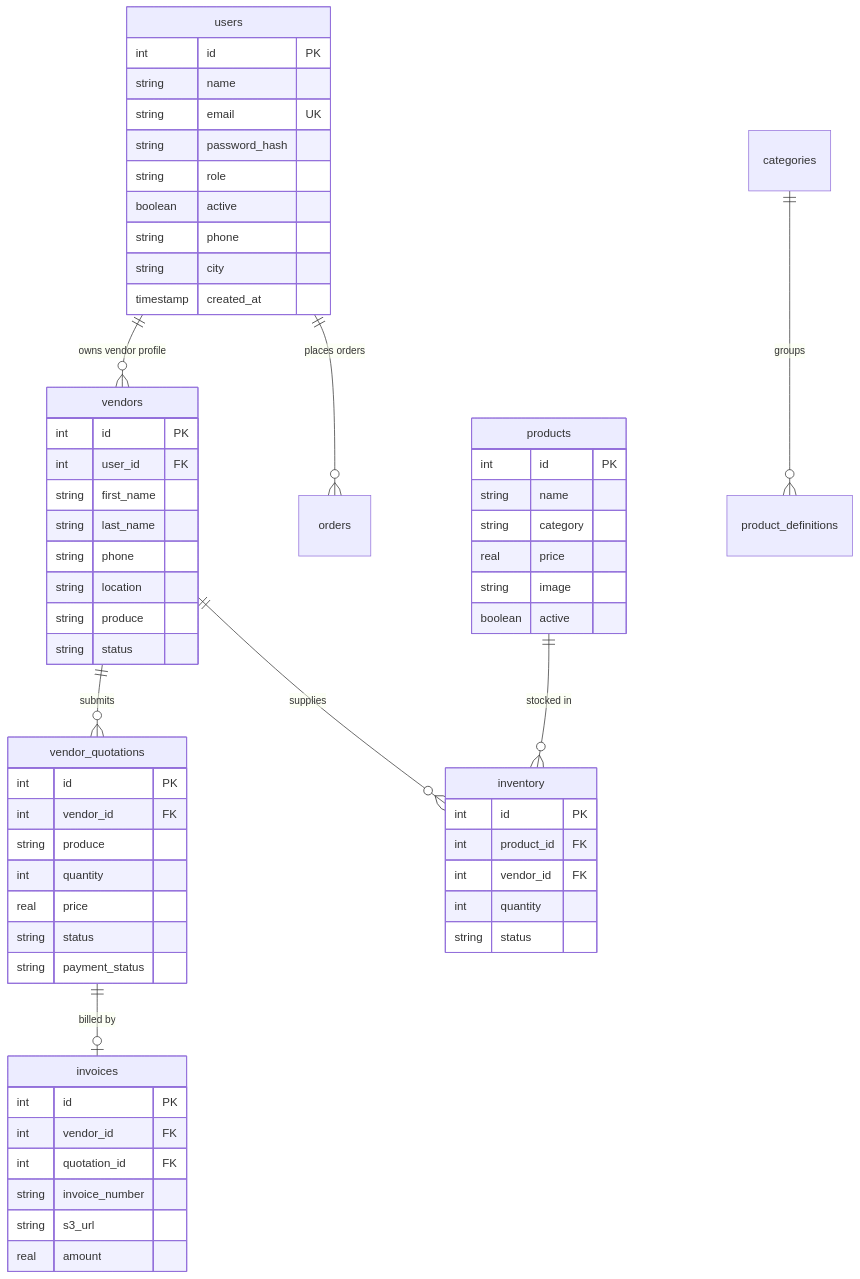
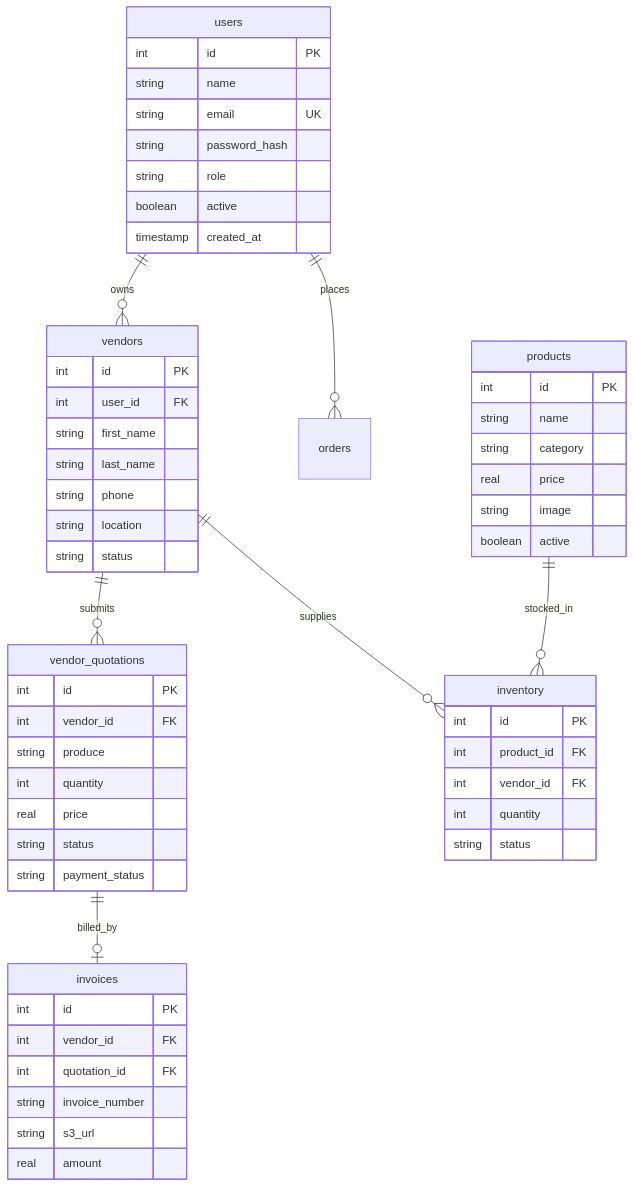
One commit to valivarthi007/sunotal_fullstk changed the diagram in docs/01_application_code.md. Above: the diagram before and after it, drawn with Mermaid. The commit also changed other lines of this file and 8 other files, not shown here.

````diff
--- a/docs/01_application_code.md
+++ b/docs/01_application_code.md
@@ -101,69 +218,65 @@
 ```mermaid
 erDiagram
-    users ||--o{ vendors : "owns vendor profile"
-    users ||--o{ orders : "places orders"
+    users ||--o{ vendors : "owns"
+    users ||--o{ orders : "places"
     vendors ||--o{ vendor_quotations : "submits"
-    vendor_quotations ||--o| invoices : "billed by"
-    products ||--o{ inventory : "stocked in"
+    vendor_quotations ||--o| invoices : "billed_by"
+    products ||--o{ inventory : "stocked_in"
     vendors ||--o{ inventory : "supplies"
-    categories ||--o{ product_definitions : "groups"
 
     users {
         int id PK
         string name
         string email UK
         string password_hash
         string role
         boolean active
-        string phone
-        string city
         timestamp created_at
     }
 
     vendors {
         int id PK
         int user_id FK
         string first_name
         string last_name
         string phone
         string location
-        string produce
         string status
     }
 
     vendor_quotations {
         int id PK
         int vendor_id FK
         string produce
         int quantity
         real price
         string status
         string payment_status
     }
 
     products {
         int id PK
         string name
         string category
         real price
         string image
         boolean active
     }
 
     inventory {
         int id PK
         int product_id FK
         int vendor_id FK
         int quantity
         string status
     }
 
     invoices {
         int id PK
         int vendor_id FK
         int quotation_id FK
         string invoice_number
         string s3_url
         real amount
     }
 ```
````
